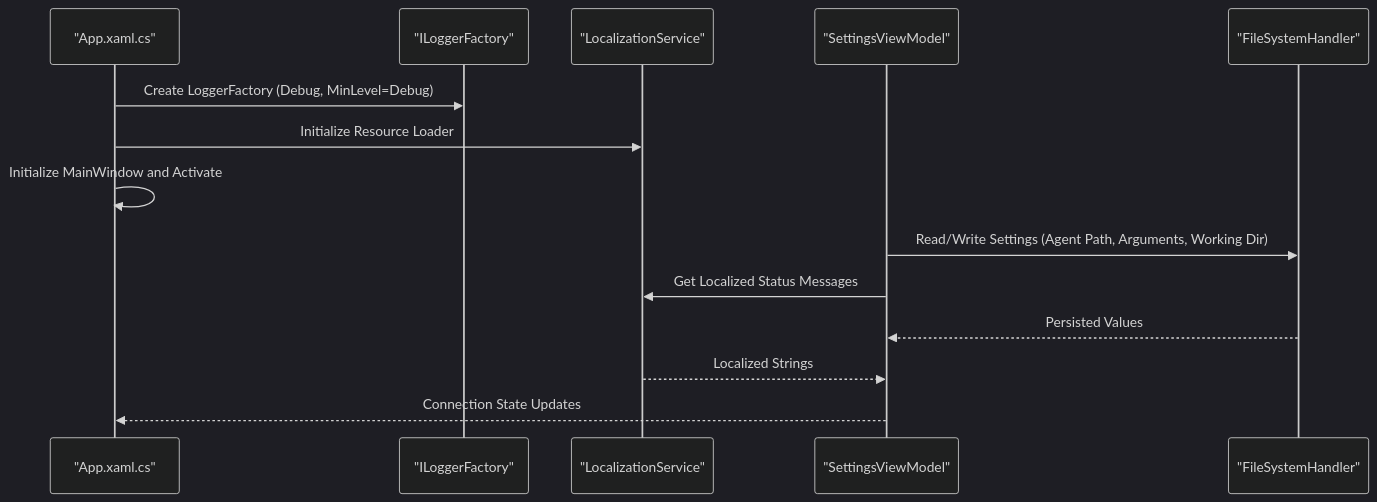
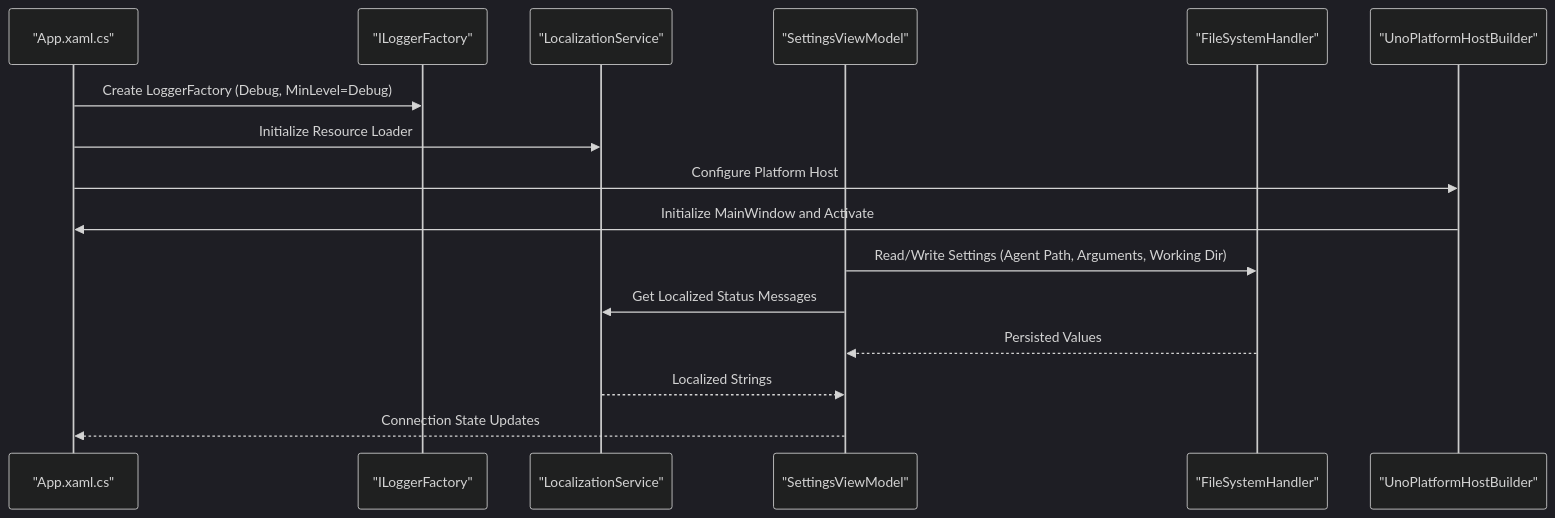
One commit to AgenticDesktop/App changed diagram 11 of 12 in .qoder/repowiki/en/content/Configuration and Deployment.md. Above: the diagram before and after it, drawn with Mermaid (dark theme). The commit also changed other lines of this file and 19 other files, not shown here.

````diff
--- a/.qoder/repowiki/en/content/Configuration and Deployment.md
+++ b/.qoder/repowiki/en/content/Configuration and Deployment.md
@@ -376,16 +467,18 @@
 ```mermaid
 sequenceDiagram
 participant App as "App.xaml.cs"
 participant Logger as "ILoggerFactory"
 participant Localization as "LocalizationService"
 participant UI as "SettingsViewModel"
 participant FS as "FileSystemHandler"
+participant UnoHost as "UnoPlatformHostBuilder"
 App->>Logger : Create LoggerFactory (Debug, MinLevel=Debug)
 App->>Localization : Initialize Resource Loader
-App->>App : Initialize MainWindow and Activate
+App->>UnoHost : Configure Platform Host
+UnoHost->>App : Initialize MainWindow and Activate
 UI->>FS : Read/Write Settings (Agent Path, Arguments, Working Dir)
 UI->>Localization : Get Localized Status Messages
 FS-->>UI : Persisted Values
 Localization-->>UI : Localized Strings
 UI-->>App : Connection State Updates
 ```
````
